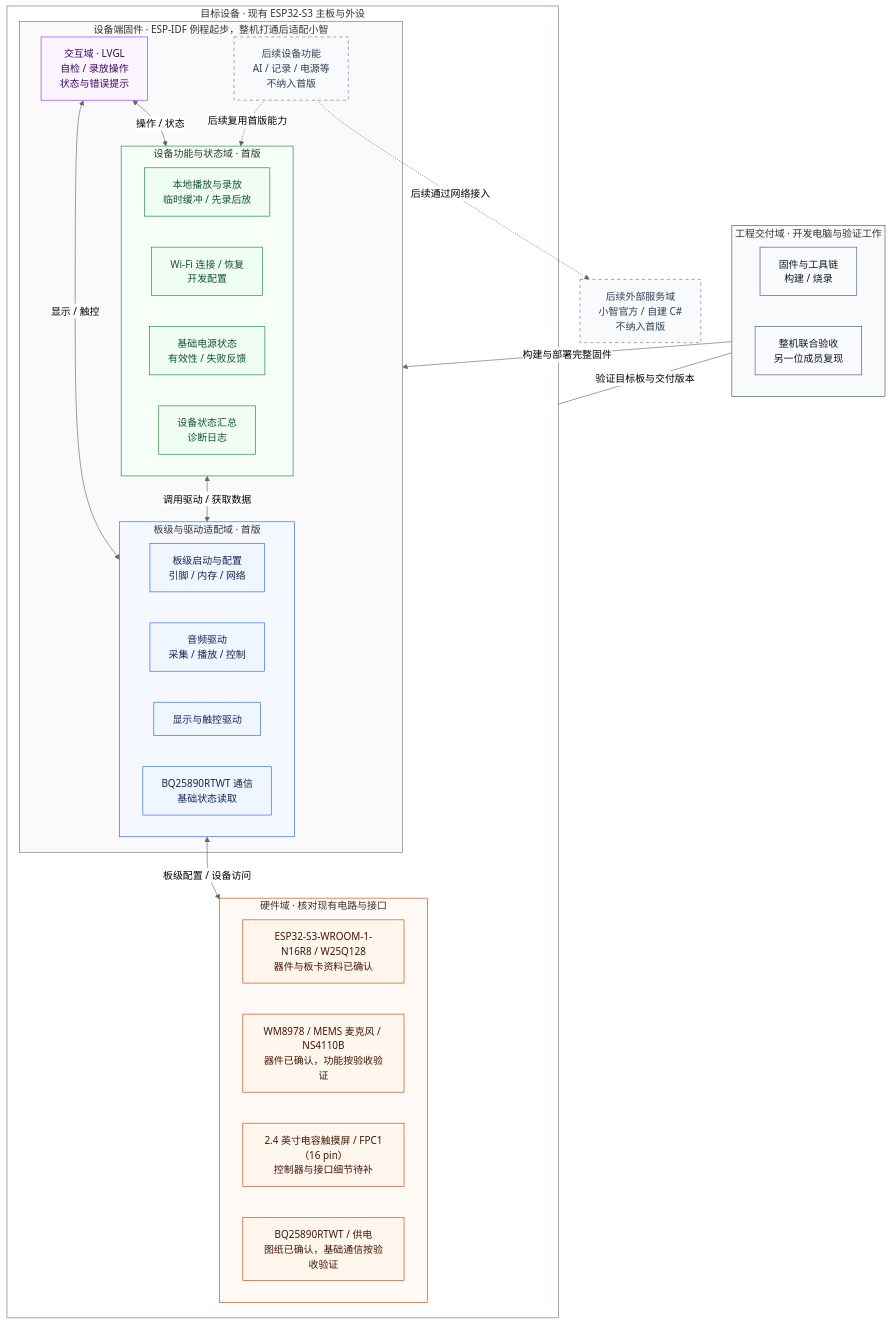
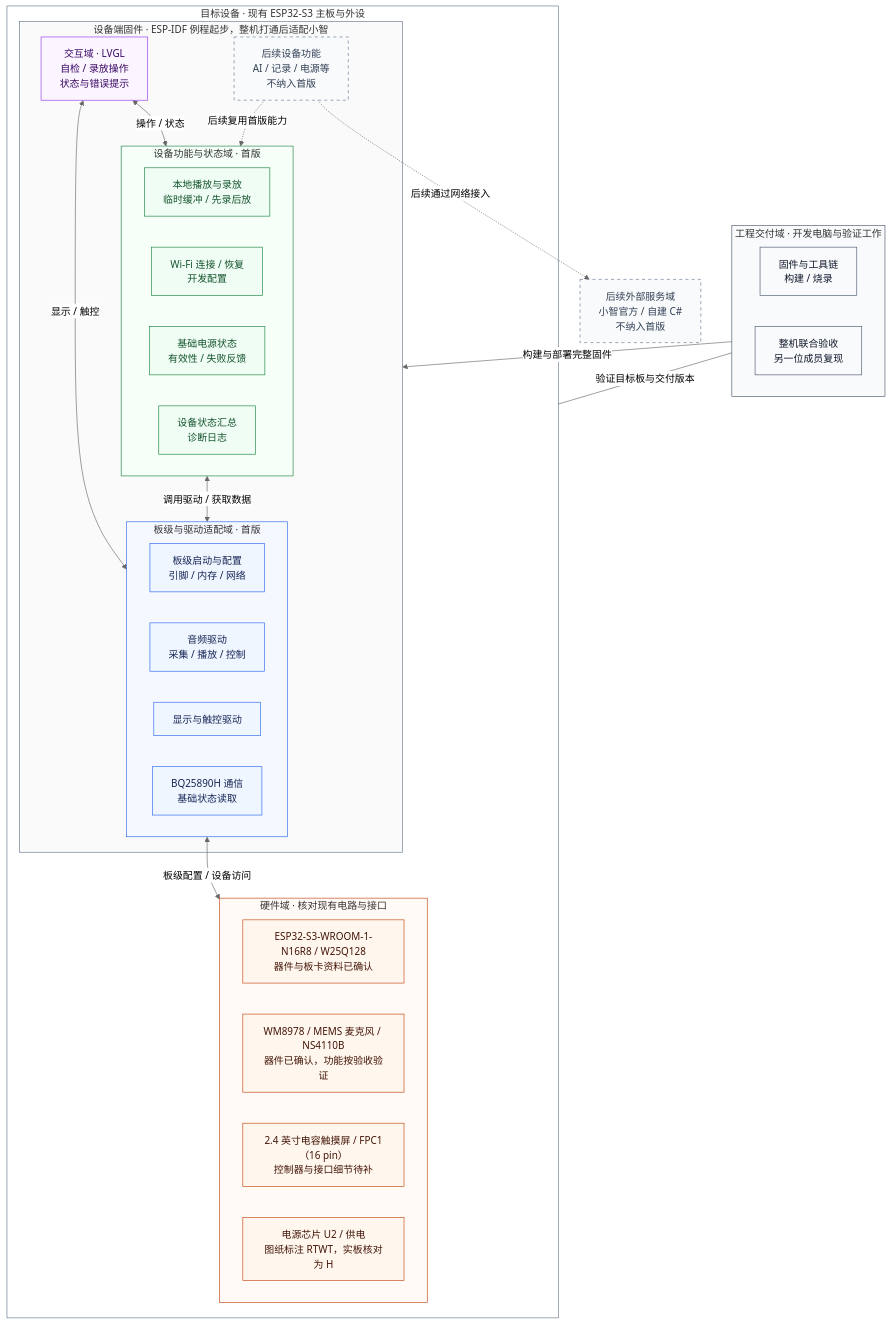
The diagram in docs/PRD.md (mmsakaito/BYAI), drawn with Mermaid (neutral theme) before and after one commit. The commit also changed other lines of this file and 8 other files, not shown here.

````diff
--- a/docs/PRD.md
+++ b/docs/PRD.md
@@ -29,70 +29,70 @@
 ```mermaid
 flowchart TB
     subgraph Engineering["工程交付域 · 开发电脑与验证工作"]
         direction LR
         Build["固件与工具链<br/>构建 / 烧录"]
         Verify["整机联合验收<br/>另一位成员复现"]
     end
 
     subgraph Device["目标设备 · 现有 ESP32-S3 主板与外设"]
         subgraph Firmware["设备端固件 · ESP-IDF 例程起步，整机打通后适配小智"]
             UI["交互域 · LVGL<br/>自检 / 录放操作<br/>状态与错误提示"]
 
             subgraph Features["设备功能与状态域 · 首版"]
                 direction LR
                 Audio["本地播放与录放<br/>临时缓冲 / 先录后放"]
                 Network["Wi-Fi 连接 / 恢复<br/>开发配置"]
                 PowerState["基础电源状态<br/>有效性 / 失败反馈"]
                 Diagnostics["设备状态汇总<br/>诊断日志"]
             end
 
             subgraph Drivers["板级与驱动适配域 · 首版"]
                 direction LR
                 Board["板级启动与配置<br/>引脚 / 内存 / 网络"]
                 AudioDriver["音频驱动<br/>采集 / 播放 / 控制"]
                 DisplayDriver["显示与触控驱动"]
-                PowerDriver["BQ25890RTWT 通信<br/>基础状态读取"]
+                PowerDriver["BQ25890H 通信<br/>基础状态读取"]
             end
 
             LaterDevice["后续设备功能<br/>AI / 记录 / 电源等<br/>不纳入首版"]
         end
 
         subgraph Hardware["硬件域 · 核对现有电路与接口"]
             direction LR
             MainBoard["ESP32-S3-WROOM-1-N16R8 / W25Q128<br/>器件与板卡资料已确认"]
             AudioHardware["WM8978 / MEMS 麦克风 / NS4110B<br/>器件已确认，功能按验收验证"]
             Screen["2.4 英寸电容触摸屏 / FPC1（16 pin）<br/>控制器与接口细节待补"]
-            PowerHardware["BQ25890RTWT / 供电<br/>图纸已确认，基础通信按验收验证"]
+            PowerHardware["电源芯片 U2 / 供电<br/>图纸标注 RTWT，实板核对为 H"]
         end
     end
 
     LaterServices["后续外部服务域<br/>小智官方 / 自建 C#<br/>不纳入首版"]
 
     Build -->|"构建与部署完整固件"| Firmware
     Verify ---|"验证目标板与交付版本"| Device
     UI <-->|"操作 / 状态"| Features
     UI <-->|"显示 / 触控"| Drivers
     Features <-->|"调用驱动 / 获取数据"| Drivers
     Drivers <-->|"板级配置 / 设备访问"| Hardware
     LaterDevice -.->|"后续复用首版能力"| Features
     LaterDevice -.->|"后续通过网络接入"| LaterServices
 
     classDef hardware fill:#fff7ed,stroke:#c2410c,color:#431407
     classDef driver fill:#eff6ff,stroke:#2563eb,color:#172554
     classDef feature fill:#f0fdf4,stroke:#15803d,color:#14532d
     classDef interface fill:#faf5ff,stroke:#9333ea,color:#3b0764
     classDef engineering fill:#f8fafc,stroke:#475569,color:#0f172a
     classDef later fill:#f8fafc,stroke:#64748b,color:#334155,stroke-dasharray:5 5
     class MainBoard,AudioHardware,Screen,PowerHardware hardware
     class Board,AudioDriver,DisplayDriver,PowerDriver driver
     class Audio,Network,PowerState,Diagnostics feature
     class UI interface
     class Build,Verify engineering
     class LaterDevice,LaterServices later
     style Device fill:#ffffff,stroke:#64748b
     style Firmware fill:#fafafa,stroke:#64748b
     style Hardware fill:#fffaf5,stroke:#c2410c
     style Drivers fill:#f5f9ff,stroke:#2563eb
     style Features fill:#f6fff8,stroke:#15803d
     style Engineering fill:#f8fafc,stroke:#475569
 ```
````
